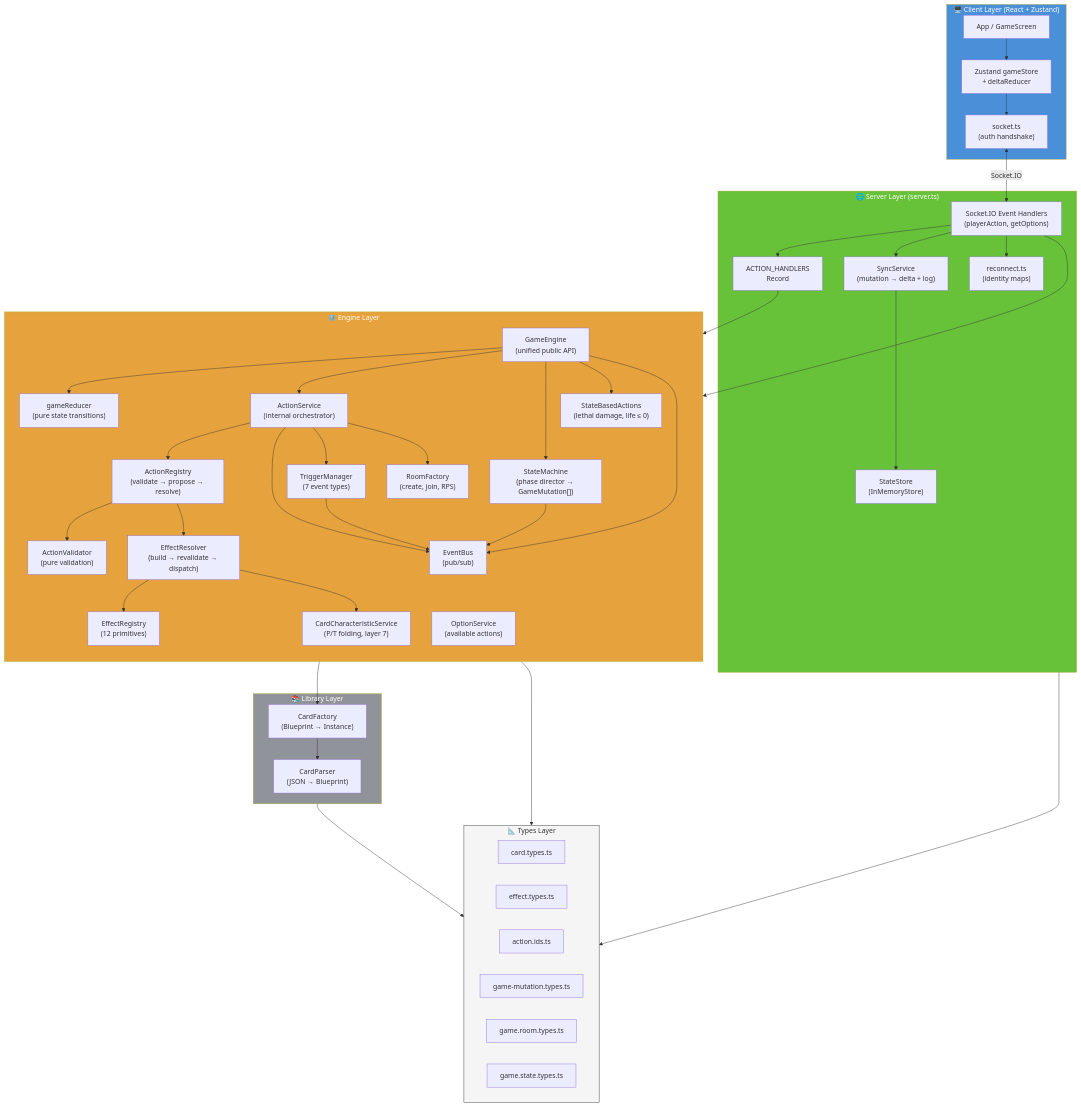
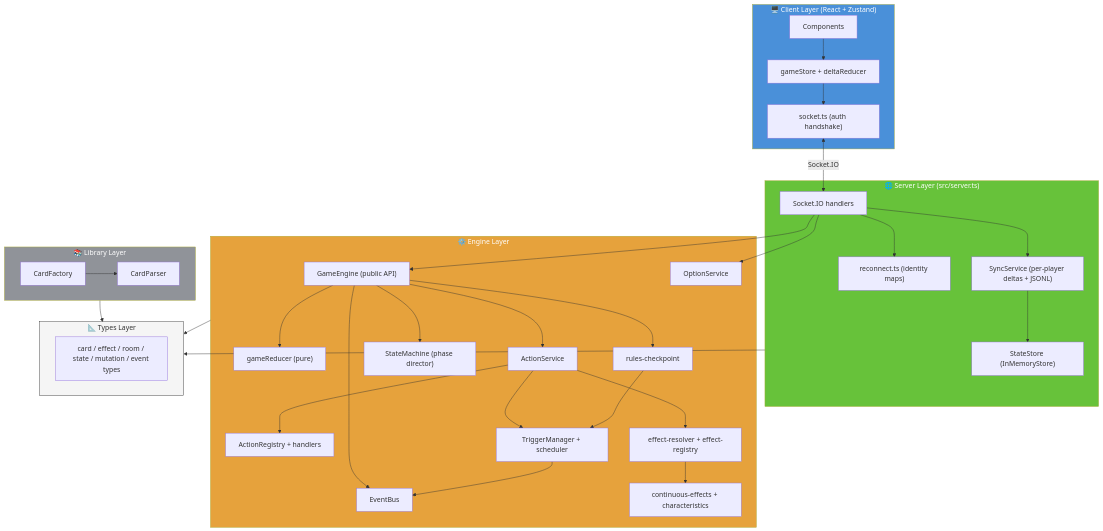
One commit to sschan39/card-game changed the third of 3 diagrams in ARCHITECTURE.md. Above: the diagram before and after it, drawn with Mermaid. The commit also changed other lines of this file and 30 other files, not shown here.

````diff
--- a/ARCHITECTURE.md
+++ b/ARCHITECTURE.md
@@ -779,80 +621,63 @@
 ```mermaid
 flowchart TB
     subgraph Client["🖥️ Client Layer (React + Zustand)"]
-        UI["App / GameScreen"]
-        STORE["Zustand gameStore\n+ deltaReducer"]
-        SOCKC["socket.ts\n(auth handshake)"]
+        UI["Components"]
+        STORE["gameStore + deltaReducer"]
+        SOCKC["socket.ts (auth handshake)"]
     end
 
-    subgraph Server["🌐 Server Layer (server.ts)"]
-        SOCK["Socket.IO Event Handlers\n(playerAction, getOptions)"]
-        AH["ACTION_HANDLERS\nRecord<ActionId, Handler>"]
-        SYNC["SyncService\n(mutation → delta + log)"]
-        STORE_S["StateStore\n(InMemoryStore)"]
-        RECON["reconnect.ts\n(identity maps)"]
+    subgraph Server["🌐 Server Layer (src/server.ts)"]
+        SOCK["Socket.IO handlers"]
+        SYNC["SyncService (per-player deltas + JSONL)"]
+        STORE2["StateStore (InMemoryStore)"]
+        RECON["reconnect.ts (identity maps)"]
     end
 
     subgraph Engine["⚙️ Engine Layer"]
-        direction TB
-        GE["GameEngine\n(unified public API)"]
-        RED["gameReducer\n(pure state transitions)"]
-        AS["ActionService\n(internal orchestrator)"]
-        AR["ActionRegistry\n(validate → propose → resolve)"]
-        AV["ActionValidator\n(pure validation)"]
-        SM["StateMachine\n(phase director → GameMutation[])"]
-        SBA["StateBasedActions\n(lethal damage, life ≤ 0)"]
-        CCS["CardCharacteristicService\n(P/T folding, layer 7)"]
-        EB["EventBus\n(pub/sub)"]
-        ER["EffectResolver\n(build → revalidate → dispatch)"]
-        EREG["EffectRegistry\n(12 primitives)"]
-        TM["TriggerManager\n(7 event types)"]
-        OS["OptionService\n(available actions)"]
-        RF["RoomFactory\n(create, join, RPS)"]
+        GE["GameEngine (public API)"]
+        RED["gameReducer (pure)"]
+        AS["ActionService"]
+        AR["ActionRegistry + handlers"]
+        SM["StateMachine (phase director)"]
+        EB["EventBus"]
+        CP["rules-checkpoint"]
+        ER["effect-resolver + effect-registry"]
+        TM["TriggerManager + scheduler"]
+        CE["continuous-effects + characteristics"]
+        OS["OptionService"]
     end
 
     subgraph Library["📚 Library Layer"]
-        CP["CardParser\n(JSON → Blueprint)"]
-        CF["CardFactory\n(Blueprint → Instance)"]
+        CP2["CardParser"]
+        CF["CardFactory"]
     end
 
     subgraph Types["📐 Types Layer"]
-        T1["card.types.ts"]
-        T2["effect.types.ts"]
-        T3["action.ids.ts"]
-        T4["game-mutation.types.ts"]
-        T5["game.room.types.ts"]
-        T6["game.state.types.ts"]
+        T["card / effect / room / state / mutation / event types"]
     end
 
     UI --> STORE
     STORE --> SOCKC
-    SOCKC <-->|Socket.IO| SOCK
-    SOCK --> AH
-    AH --> GE
+    SOCKC <-->|"Socket.IO"| SOCK
+    SOCK --> GE
     SOCK --> OS
     SOCK --> SYNC
     SOCK --> RECON
-    SYNC --> STORE_S
+    SYNC --> STORE2
 
     GE --> RED
     GE --> AS
     GE --> SM
-    GE --> SBA
     GE --> EB
+    GE --> CP
     AS --> AR
-    AS --> EB
+    AS --> ER
     AS --> TM
-    AR --> AV
-    AR --> ER
-    ER --> EREG
-    ER --> CCS
-    SM --> EB
+    ER --> CE
+    CP --> TM
     TM --> EB
-    AS --> RF
 
-    RF --> CF
-    CF --> CP
-
+    CF --> CP2
     Engine --> Types
     Library --> Types
     Server --> Types
````
